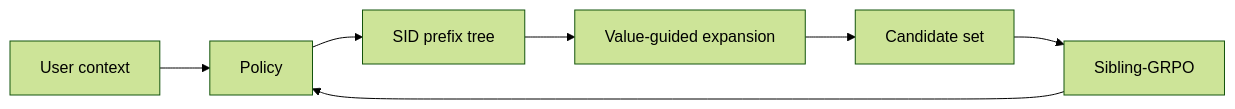
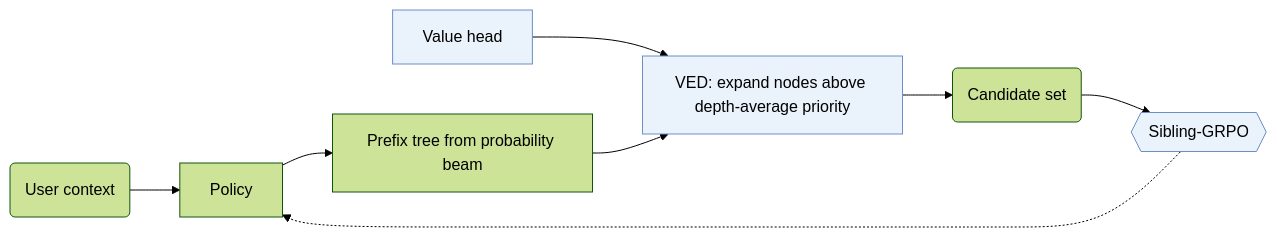
The first of 2 diagrams in notes/v-star.md (Galaxy-ghost/Awesome-SID-Generative-Rec), drawn with Mermaid (forest theme) before and after one commit. The commit also changed other lines of this file and 521 other files, not shown here.

Commit message:
writer-04 part 3: algorithm diagrams with shared shape conventions, README hero and paper cards, archive removed

````diff
--- a/notes/v-star.md
+++ b/notes/v-star.md
@@ -9,9 +9,11 @@
 ```mermaid
 flowchart LR
-    A[User context] --> B[Policy]
-    B --> C[SID prefix tree]
-    C --> D[Value-guided expansion]
-    D --> E[Candidate set]
-    E --> F[Sibling-GRPO]
-    F --> B
+    A("User context") --> B["Policy"]
+    B --> C["Prefix tree from probability beam"]
+    V["Value head"]:::key --> D
+    C --> D["VED: expand nodes above depth-average priority"]:::key
+    D --> E("Candidate set")
+    E --> F{{"Sibling-GRPO"}}:::key
+    F -.-> B
+    classDef key fill:#eaf2fb,stroke:#6b8fc7
 ```
````
